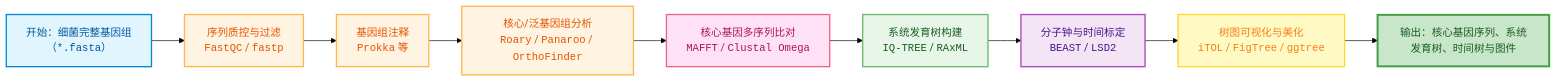
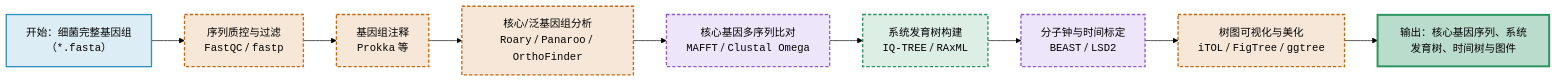
The second of 2 diagrams in docs/blog/snp-evo-note.md (Lucas04-nhr/lucas04-nhr.github.io), drawn with Mermaid (forest theme) before and after one commit. The commit also changed other lines of this file and 9 other files, not shown here.

First line of the commit message:
Move article figures to the design-system chart palette

````diff
--- a/docs/blog/snp-evo-note.md
+++ b/docs/blog/snp-evo-note.md
@@ -177,39 +177,39 @@
 ```mermaid
 flowchart LR
 
     %% ===== 核心流程节点 =====
     Start[开始：细菌完整基因组<br/>（<code>*.fasta</code>）]
 
     QC[序列质控与过滤<br/><code>FastQC</code> / <code>fastp</code>]
 
     Annotate[基因组注释<br/><code>Prokka</code> 等]
 
     CoreGene[核心/泛基因组分析<br/><code>Roary</code> / <code>Panaroo</code> / <code>OrthoFinder</code>]
 
     Align[核心基因多序列比对<br/><code>MAFFT</code> / <code>Clustal Omega</code>]
 
     PhyloTree[系统发育树构建<br/><code>IQ-TREE</code> / <code>RAxML</code>]
 
     MolClock[分子钟与时间标定<br/><code>BEAST</code> / <code>LSD2</code>]
 
     Visualize[树图可视化与美化<br/><code>iTOL</code> / <code>FigTree</code> / <code>ggtree</code>]
 
     Output[输出：核心基因序列、系统发育树、时间树与图件]
 
     %% ===== 流程连线 =====
     Start --> QC --> Annotate --> CoreGene --> Align --> PhyloTree --> MolClock --> Visualize --> Output
 
     %% ===== 颜色与样式（与示例配色相似） =====
-    style Start fill:#e1f5ff,stroke:#0288d1,stroke-width:2px,color:#01579b
-    style QC fill:#fff4e1,stroke:#ffb74d,stroke-width:2px,color:#e65100
-    style Annotate fill:#fff4e1,stroke:#ffb74d,stroke-width:2px,color:#e65100
-    style CoreGene fill:#fff4e1,stroke:#ffb74d,stroke-width:2px,color:#e65100
-    style Align fill:#ffe1f5,stroke:#f06292,stroke-width:2px,color:#ad1457
-    style PhyloTree fill:#e8f5e9,stroke:#66bb6a,stroke-width:2px,color:#1b5e20
-    style MolClock fill:#f3e5f5,stroke:#ab47bc,stroke-width:2px,color:#4a148c
-    style Visualize fill:#fff9c4,stroke:#fdd835,stroke-width:2px,color:#f57f17
-    style Output fill:#c8e6c9,stroke:#43a047,stroke-width:3px,color:#1b5e20
+    style Start fill:#2f8fbf29,stroke:#2f8fbf,stroke-width:2px
+    style QC fill:#c8690f29,stroke:#c8690f,stroke-width:2px
+    style Annotate fill:#c8690f29,stroke:#c8690f,stroke-width:2px
+    style CoreGene fill:#c8690f29,stroke:#c8690f,stroke-width:2px
+    style Align fill:#8e5cd929,stroke:#8e5cd9,stroke-width:2px
+    style PhyloTree fill:#2b946029,stroke:#2b9460,stroke-width:2px
+    style MolClock fill:#8e5cd929,stroke:#8e5cd9,stroke-width:2px
+    style Visualize fill:#c8690f29,stroke:#c8690f,stroke-width:2px
+    style Output fill:#2b946052,stroke:#2b9460,stroke-width:3px
 
-    classDef software fill:#ffccbc,stroke:#bf360c,stroke-width:2px,color:#3e2723
+    classDef software fill:#c8690f29,stroke:#c8690f,stroke-width:2px,stroke-dasharray:5 3
     class QC,Annotate,CoreGene,Align,PhyloTree,MolClock,Visualize software
 ```
````
